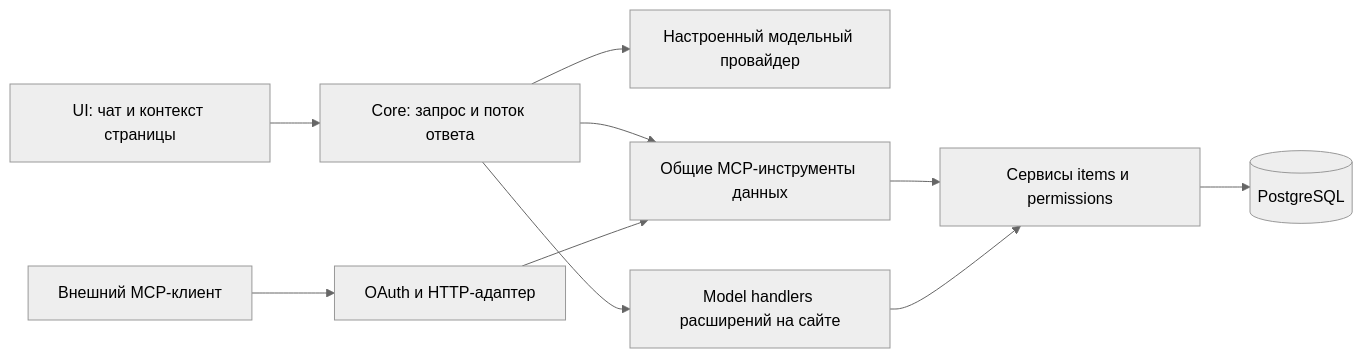
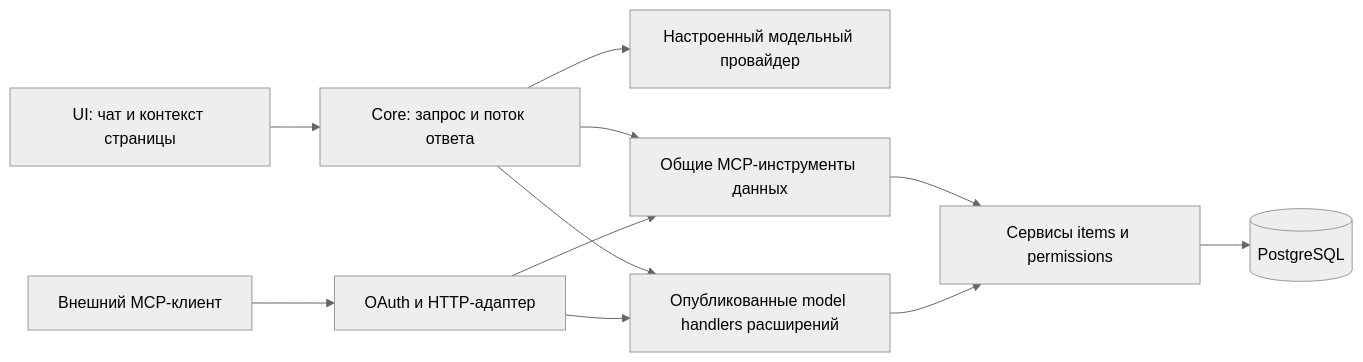
The diagram in docs/ru/development/assistant-architecture.md (Asmblyr/Collaborative), drawn with Mermaid (neutral theme) before and after one commit. The commit also changed other lines of this file and 32 other files, not shown here.

````diff
--- a/docs/ru/development/assistant-architecture.md
+++ b/docs/ru/development/assistant-architecture.md
@@ -9,12 +9,13 @@
 ```mermaid
 flowchart LR
   UI[UI: чат и контекст страницы] --> Core[Core: запрос и поток ответа]
   Core --> Provider[Настроенный модельный провайдер]
   Core --> MCP[Общие MCP-инструменты данных]
   External[Внешний MCP-клиент] --> HTTP[OAuth и HTTP-адаптер]
   HTTP --> MCP
   MCP --> Items[Сервисы items и permissions]
-  Core --> Model[Model handlers расширений на сайте]
+  Core --> Model[Опубликованные model handlers расширений]
+  HTTP --> Model
   Model --> Items
   Items --> DB[(PostgreSQL)]
 ```
````
